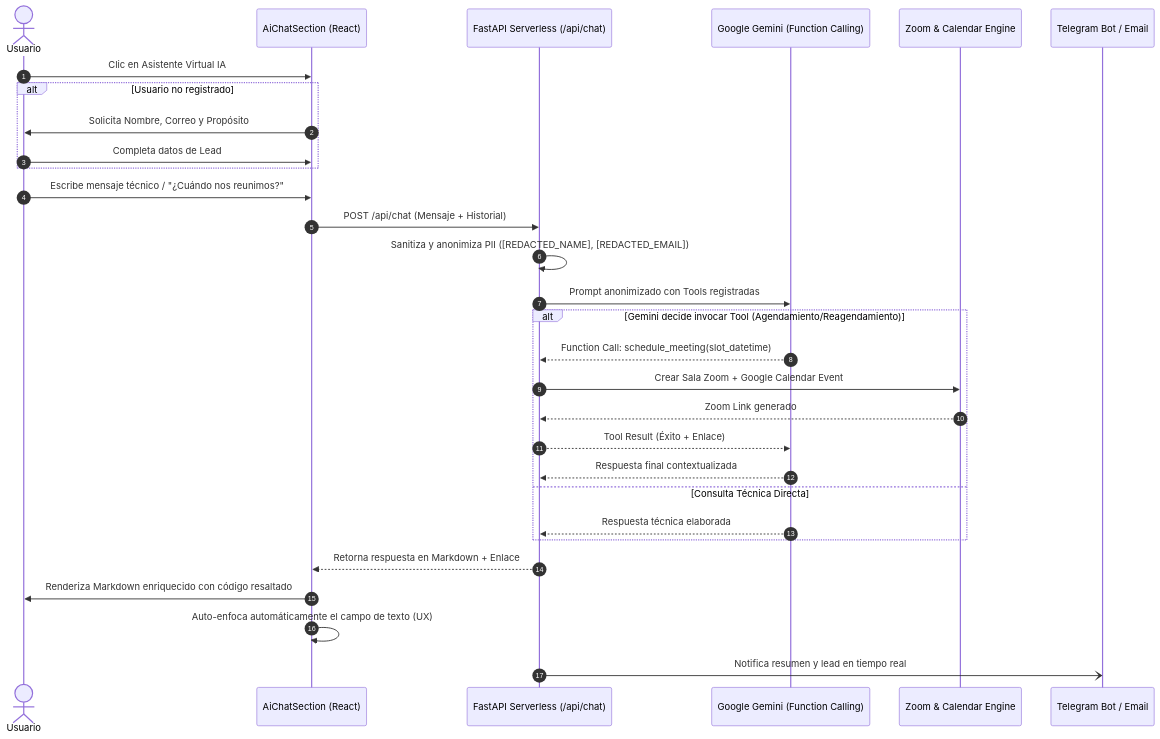
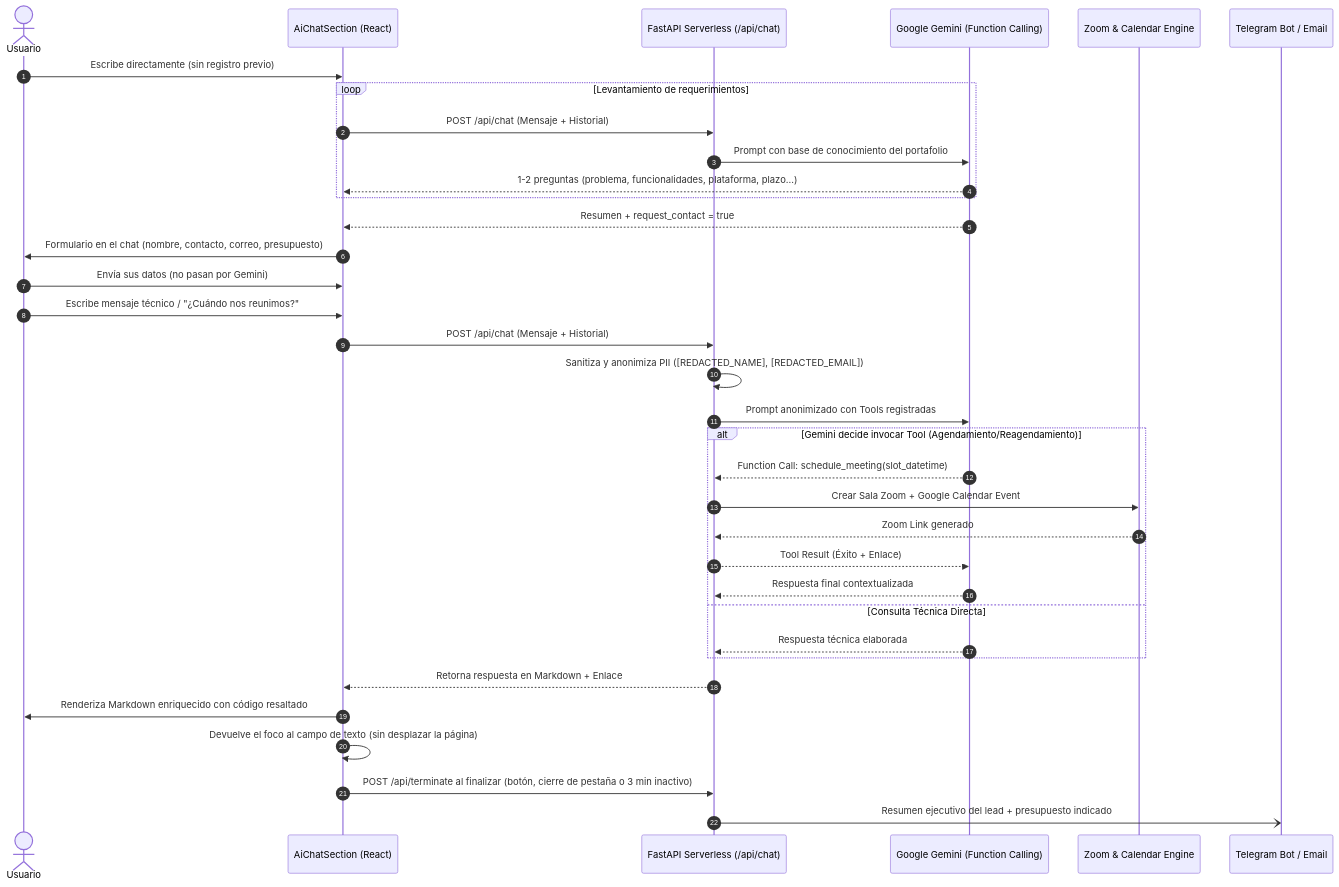
Before and after one commit to LuisFCosteC/Portfolio_LFCC_V2: the fifth of 6 diagrams in README.md, drawn with Mermaid. The commit also changed other lines of this file and 13 other files, not shown here.

First line of the commit message:
feat: proyecto AkinoAI, carrusel de proyectos, chat con captura de lead y mejoras de navegación

````diff
--- a/README.md
+++ b/README.md
@@ -191,35 +191,40 @@
 ```mermaid
 sequenceDiagram
     autonumber
     actor Usuario
     participant ChatUI as AiChatSection (React)
     participant Backend as FastAPI Serverless (/api/chat)
     participant IA as Google Gemini (Function Calling)
     participant Zoom as Zoom & Calendar Engine
     participant Telegram as Telegram Bot / Email
 
-    Usuario->>ChatUI: Clic en Asistente Virtual IA
-    alt Usuario no registrado
-        ChatUI->>Usuario: Solicita Nombre, Correo y Propósito
-        Usuario->>ChatUI: Completa datos de Lead
+    Usuario->>ChatUI: Escribe directamente (sin registro previo)
+    loop Levantamiento de requerimientos
+        ChatUI->>Backend: POST /api/chat (Mensaje + Historial)
+        Backend->>IA: Prompt con base de conocimiento del portafolio
+        IA-->>ChatUI: 1-2 preguntas (problema, funcionalidades, plataforma, plazo...)
     end
+    IA-->>ChatUI: Resumen + request_contact = true
+    ChatUI->>Usuario: Formulario en el chat (nombre, contacto, correo, presupuesto)
+    Usuario->>ChatUI: Envía sus datos (no pasan por Gemini)
     Usuario->>ChatUI: Escribe mensaje técnico / "¿Cuándo nos reunimos?"
     ChatUI->>Backend: POST /api/chat (Mensaje + Historial)
     Backend->>Backend: Sanitiza y anonimiza PII ([REDACTED_NAME], [REDACTED_EMAIL])
     Backend->>IA: Prompt anonimizado con Tools registradas
     
     alt Gemini decide invocar Tool (Agendamiento/Reagendamiento)
         IA-->>Backend: Function Call: schedule_meeting(slot_datetime)
         Backend->>Zoom: Crear Sala Zoom + Google Calendar Event
         Zoom-->>Backend: Zoom Link generado
         Backend-->>IA: Tool Result (Éxito + Enlace)
         IA-->>Backend: Respuesta final contextualizada
     else Consulta Técnica Directa
         IA-->>Backend: Respuesta técnica elaborada
     end
 
     Backend-->>ChatUI: Retorna respuesta en Markdown + Enlace
     ChatUI->>Usuario: Renderiza Markdown enriquecido con código resaltado
-    ChatUI->>ChatUI: Auto-enfoca automáticamente el campo de texto (UX)
-    Backend-)Telegram: Notifica resumen y lead en tiempo real
+    ChatUI->>ChatUI: Devuelve el foco al campo de texto (sin desplazar la página)
+    ChatUI->>Backend: POST /api/terminate al finalizar (botón, cierre de pestaña o 3 min inactivo)
+    Backend-)Telegram: Resumen ejecutivo del lead + presupuesto indicado
 ```
````
